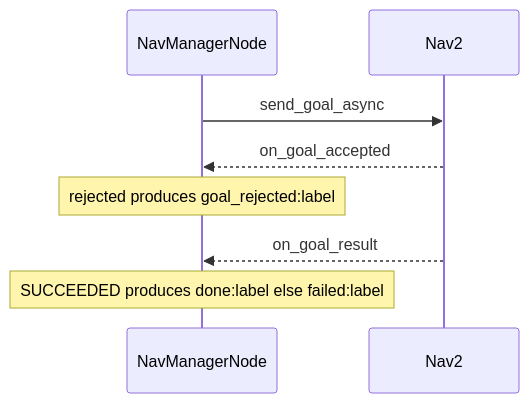
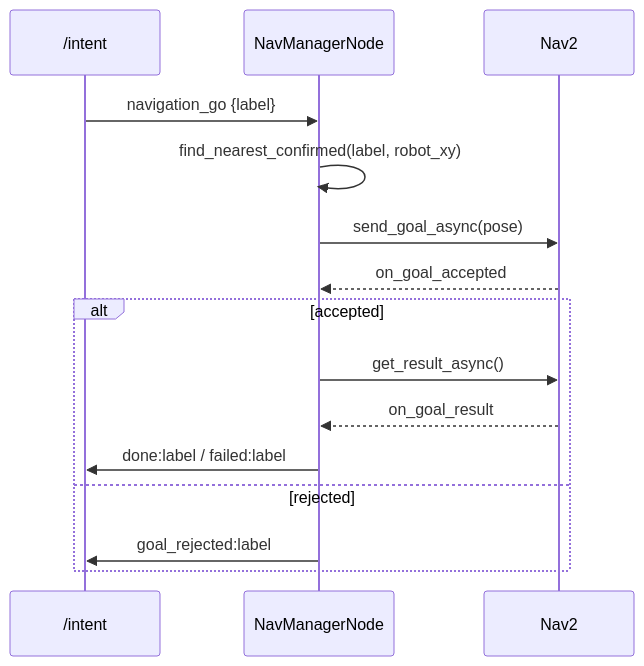
The second of 2 diagrams in 01-literate/03-nav_manager_node.md (Boston-Robot-Hackers/dome_nav), drawn with Mermaid before and after one commit. The commit also changed other lines of this file and 14 other files, not shown here.

First line of the commit message:
docs(literate): regenerate 01-literate + add architecture overview

````diff
--- a/01-literate/03-nav_manager_node.md
+++ b/01-literate/03-nav_manager_node.md
@@ -89,10 +114,17 @@
 ```mermaid
 sequenceDiagram
+    participant U as /intent
     participant N as NavManagerNode
     participant Nav2
-    N->>Nav2: send_goal_async
+    U->>N: navigation_go {label}
+    N->>N: find_nearest_confirmed(label, robot_xy)
+    N->>Nav2: send_goal_async(pose)
     Nav2-->>N: on_goal_accepted
-    Note over N: rejected produces goal_rejected:label
-    Nav2-->>N: on_goal_result
-    Note over N: SUCCEEDED produces done:label else failed:label
+    alt accepted
+        N->>Nav2: get_result_async()
+        Nav2-->>N: on_goal_result
+        N->>U: done:label / failed:label
+    else rejected
+        N->>U: goal_rejected:label
+    end
 ```
````
